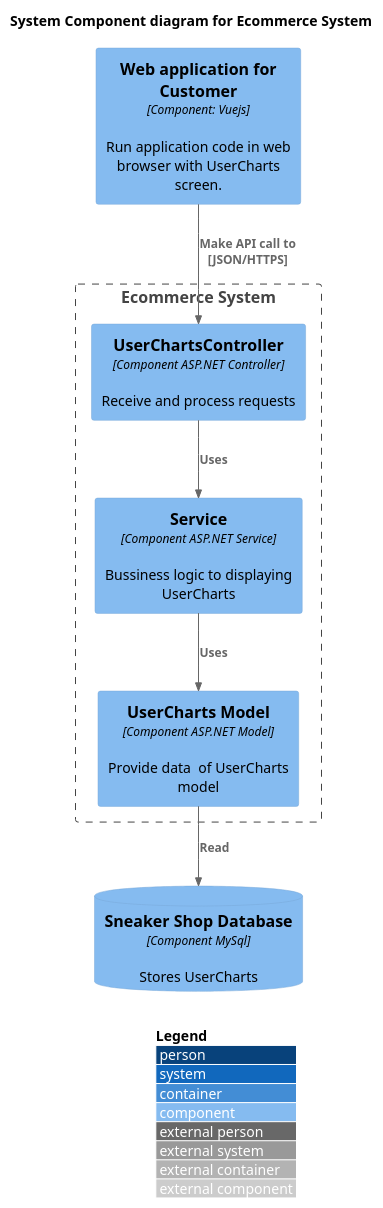
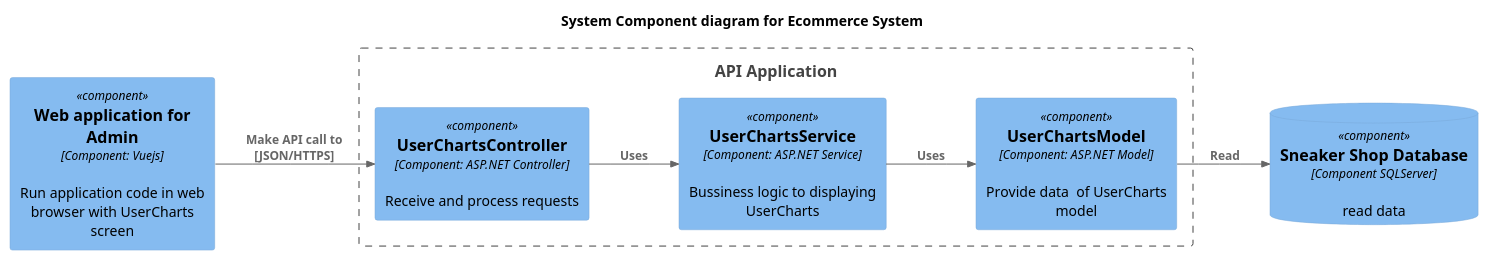
Before and after one commit to cuongchu264/PTTKHuongDoiTuong: the diagram in C4 model/Component/UserChartsComponents.puml, drawn with PlantUML. The commit also changed 24 other files, not shown here.

Commit message:
Recheck component code

```diff
--- a/C4 model/Component/UserChartsComponents.puml
+++ b/C4 model/Component/UserChartsComponents.puml
@@ -1,23 +1,23 @@
 @startuml
 !include https://raw.githubusercontent.com/plantuml-stdlib/C4-PlantUML/master/C4_Component.puml
 ' uncomment the following line and comment the first to use locally
 ' !include C4_Component.puml
 
-LAYOUT_WITH_LEGEND()
+LAYOUT_LEFT_RIGHT()
 
 title System Component diagram for Ecommerce System
 
-Component(web_app, "Web application for Customer","Component: Vuejs", "Run application code in web browser with UserCharts screen.")
-ComponentDb(db, "Sneaker Shop Database","Component MySql", "Stores UserCharts")
+Component(web_app, "Web application for Admin","Component: Vuejs", "Run application code in web browser with UserCharts screen")
+ComponentDb(db, "Sneaker Shop Database","Component SQLServer", "read data")
 
-Boundary(System, "Ecommerce System") {
-    Component(Controller, "UserChartsController", "Component ASP.NET Controller", "Receive and process requests ")
-    Component(Service, "Service","Component ASP.NET Service", "Bussiness logic to displaying UserCharts ")
-    Component(model, "UserCharts Model", "Component ASP.NET Model", "Provide data  of UserCharts model ")
+Boundary(System, "API Application") {
+    Component(Controller, "UserChartsController", "Component: ASP.NET Controller", "Receive and process requests ")
+    Component(Service, "UserChartsService","Component: ASP.NET Service", "Bussiness logic to displaying UserCharts ")
+    Component(model, "UserChartsModel", "Component: ASP.NET Model", "Provide data  of UserCharts model ")
 
     Rel(Controller, Service, "Uses")
     Rel(Service, model, "Uses")
     Rel(model, db, "Read")
     Rel(web_app,Controller, "Make API call to [JSON/HTTPS]")
 }
 @enduml
```
